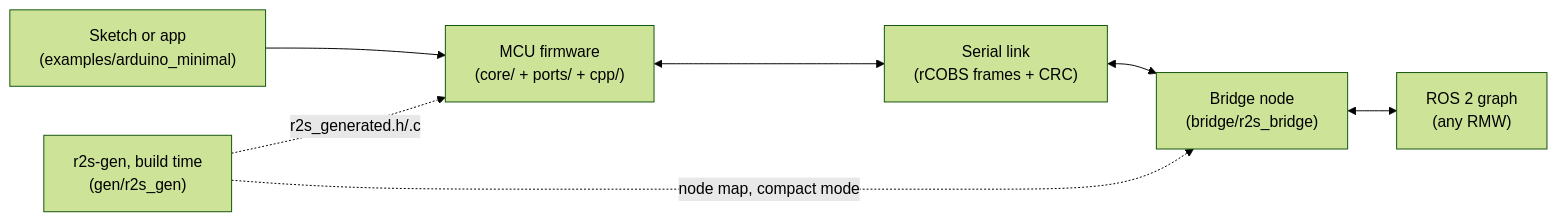
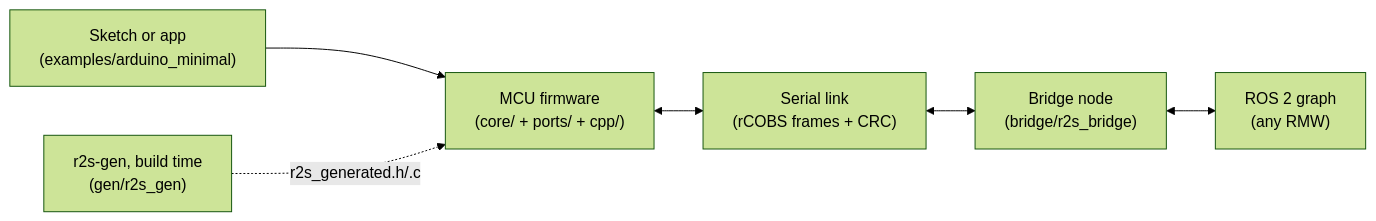
One commit to apojomovsky/ros2serial changed the first of 6 diagrams in docs/02-architecture.md. Above: the diagram before and after it, drawn with Mermaid (forest theme). The commit also changed other lines of this file, not shown here.

First line of the commit message:
docs(architecture): address review findings on framing and node map

````diff
--- a/docs/02-architecture.md
+++ b/docs/02-architecture.md
@@ -11,16 +11,15 @@
 ```mermaid
 flowchart LR
     sketch["Sketch or app<br/>(examples/arduino_minimal)"]
     gen["r2s-gen, build time<br/>(gen/r2s_gen)"]
     mcu["MCU firmware<br/>(core/ + ports/ + cpp/)"]
     link["Serial link<br/>(rCOBS frames + CRC)"]
     bridge["Bridge node<br/>(bridge/r2s_bridge)"]
     ros["ROS 2 graph<br/>(any RMW)"]
 
     sketch --> mcu
     gen -. "r2s_generated.h/.c" .-> mcu
-    gen -. "node map, compact mode" .-> bridge
     mcu <--> link
     link <--> bridge
     bridge <--> ros
 ```
````
